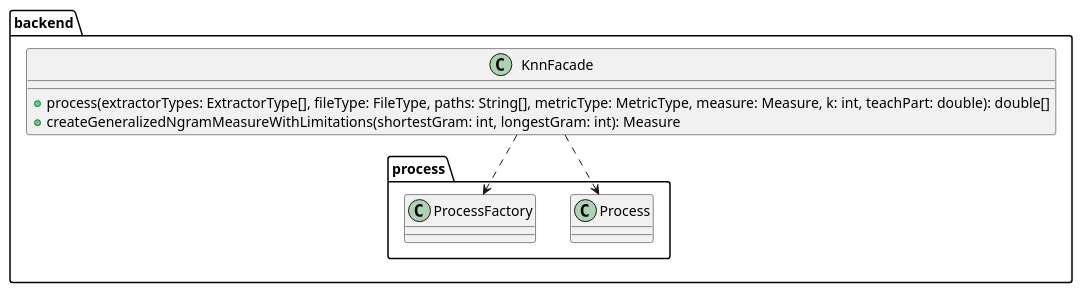
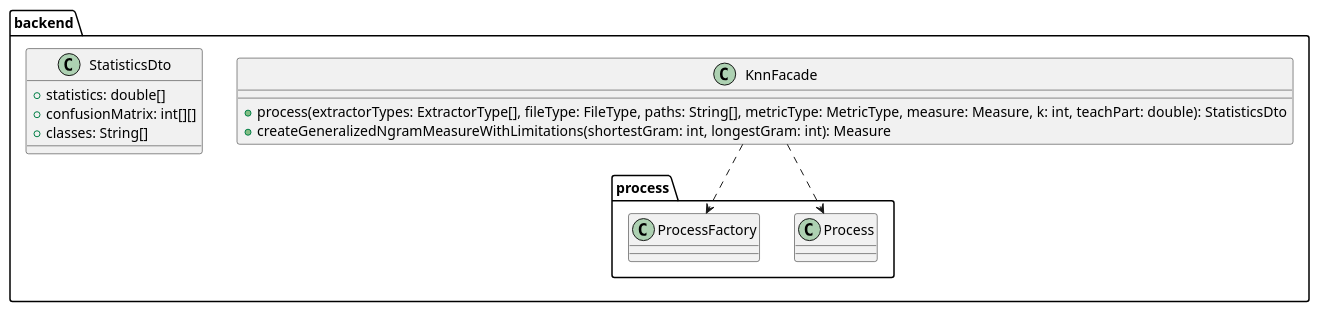
Before and after one commit to kambed/Computer-Recognition-Systems: the tenth of 10 diagrams in README.md, drawn with PlantUML. The commit also changed other lines of this file and 6 other files, not shown here.

Commit message:
Add confusion matrix

````diff
--- a/README.md
+++ b/README.md
@@ -416,15 +416,20 @@
 ```plantuml
 top to bottom direction
 package backend {
     class KnnFacade {
-        + process(extractorTypes: ExtractorType[], fileType: FileType, paths: String[], metricType: MetricType, measure: Measure, k: int, teachPart: double): double[]
+        + process(extractorTypes: ExtractorType[], fileType: FileType, paths: String[], metricType: MetricType, measure: Measure, k: int, teachPart: double): StatisticsDto
         + createGeneralizedNgramMeasureWithLimitations(shortestGram: int, longestGram: int): Measure
+    }
+    class StatisticsDto {
+        + statistics: double[]
+        + confusionMatrix: int[][]
+        + classes: String[]
     }
     package process {
         class Process
         class ProcessFactory
     }
     KnnFacade ..> ProcessFactory
     KnnFacade ..> Process
 }
 ```
````
